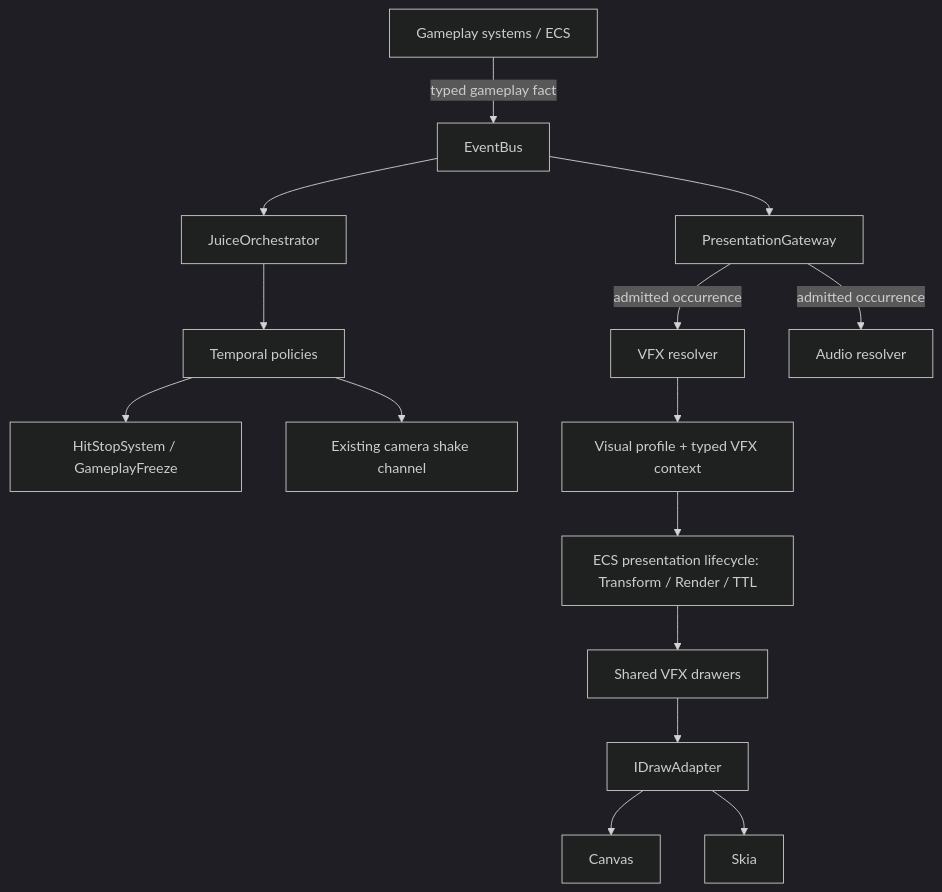
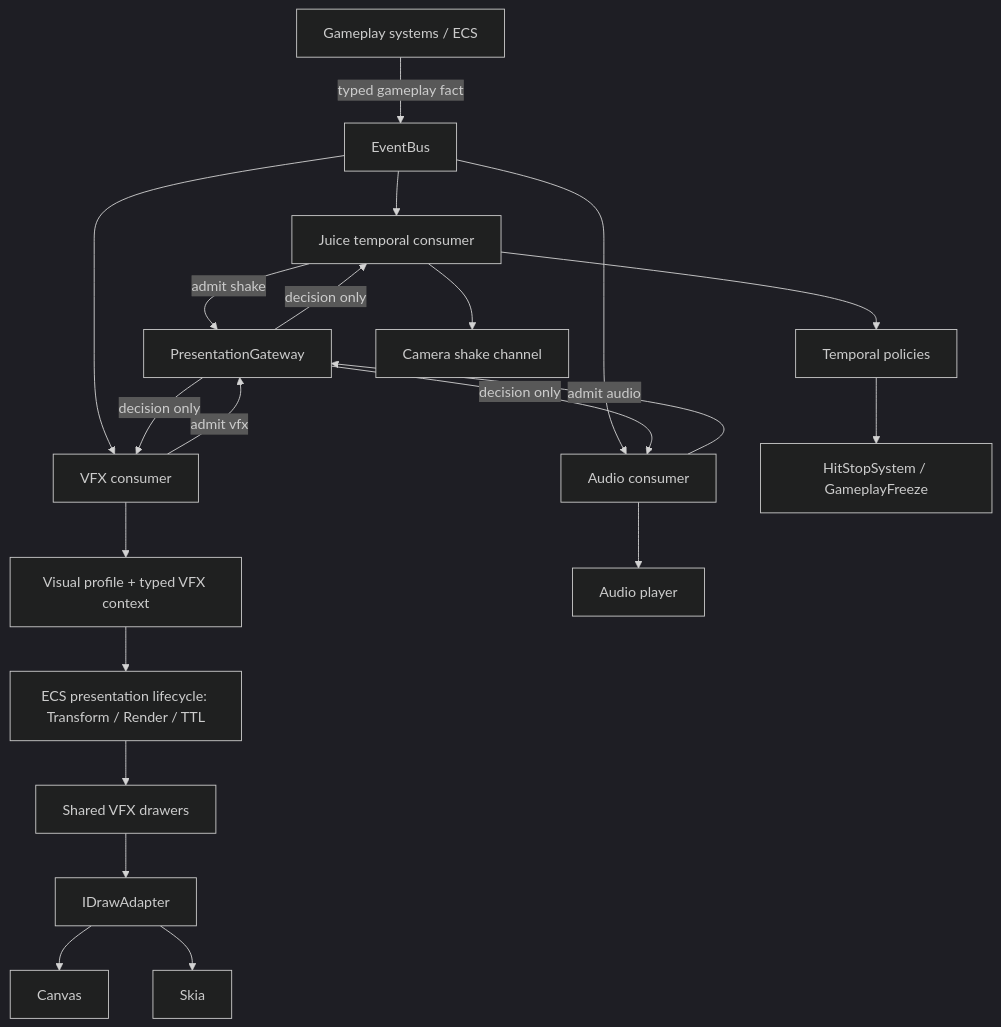
The diagram in docs/architecture/GAME_FEEL_ARCHITECTURE.md (xavirodriguez/ArcadeGames), drawn with Mermaid (dark theme) before and after one commit. The commit also changed other lines of this file, not shown here.

````diff
--- a/docs/architecture/GAME_FEEL_ARCHITECTURE.md
+++ b/docs/architecture/GAME_FEEL_ARCHITECTURE.md
@@ -23,17 +23,23 @@
 ```mermaid
 flowchart TD
     G[Gameplay systems / ECS] -->|typed gameplay fact| E[EventBus]
-    E --> J[JuiceOrchestrator]
-    E --> PG[PresentationGateway]
+    E --> J[Juice temporal consumer]
+    E --> V[VFX consumer]
+    E --> AU[Audio consumer]
     J --> T[Temporal policies]
     T --> H[HitStopSystem / GameplayFreeze]
-    T --> S[Existing camera shake channel]
-    PG -->|admitted occurrence| V[VFX resolver]
-    PG -->|admitted occurrence| AU[Audio resolver]
+    J -->|admit shake| PG[PresentationGateway]
+    PG -->|decision only| J
+    J --> S[Camera shake channel]
+    V -->|admit vfx| PG
+    PG -->|decision only| V
     V --> P[Visual profile + typed VFX context]
     P --> L[ECS presentation lifecycle: Transform / Render / TTL]
     L --> D[Shared VFX drawers]
     D --> A[IDrawAdapter]
     A --> C[Canvas]
     A --> K[Skia]
+    AU -->|admit audio| PG
+    PG -->|decision only| AU
+    AU --> AP[Audio player]
 ```
````
